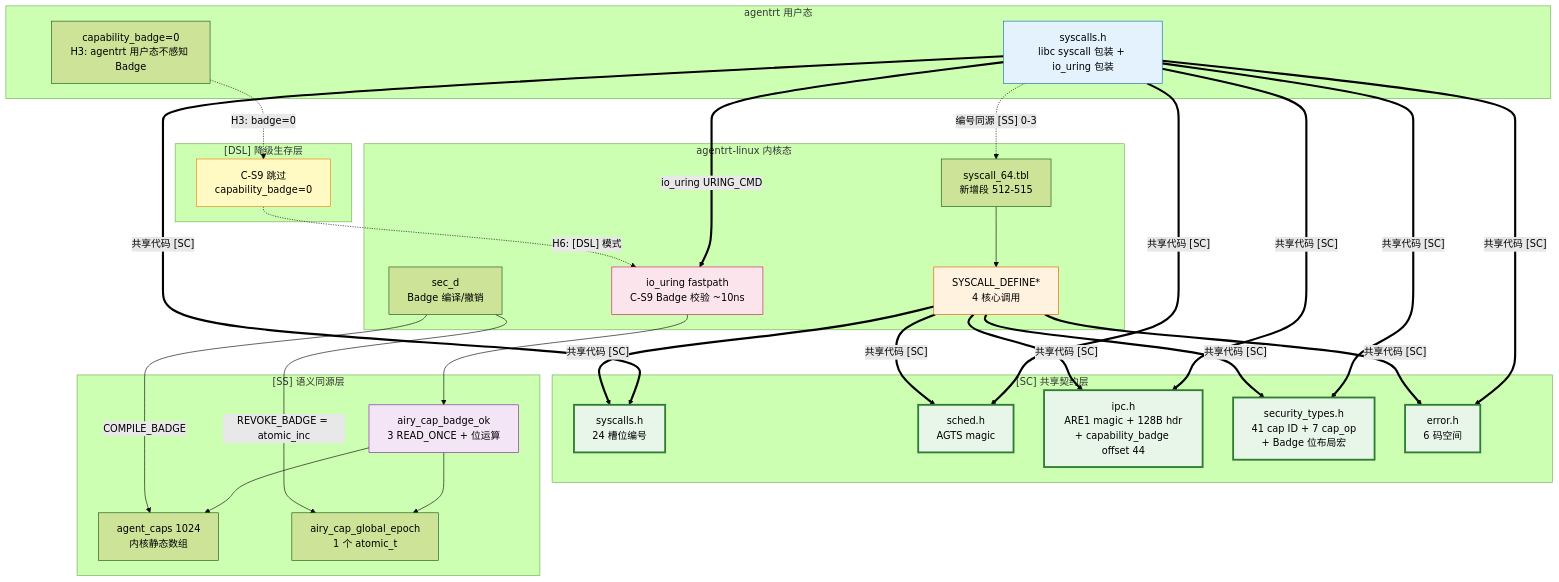
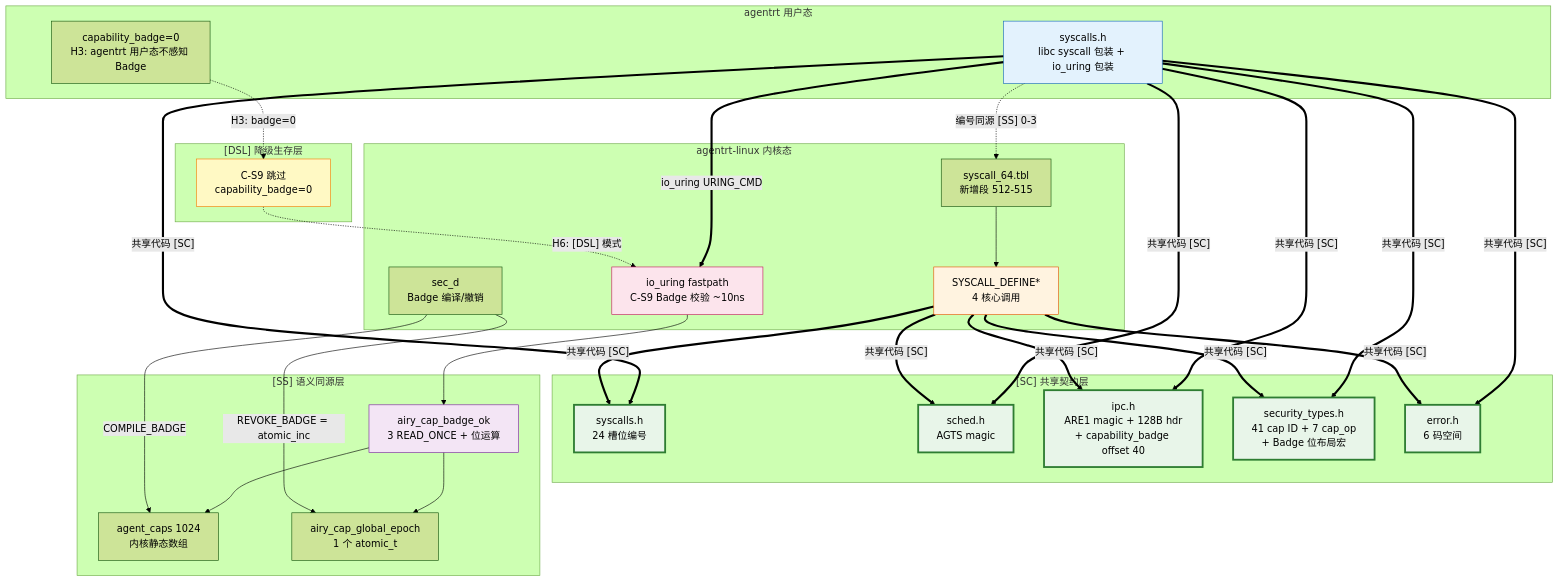
One commit to openairymax/docs changed the diagram in AirymaxOS/30-interfaces/01-syscalls.md. Above: the diagram before and after it, drawn with Mermaid (forest theme). The commit also changed other lines of this file and 71 other files, not shown here.

````diff
--- a/AirymaxOS/30-interfaces/01-syscalls.md
+++ b/AirymaxOS/30-interfaces/01-syscalls.md
@@ -687,64 +687,64 @@
 ```mermaid
 graph TB
     subgraph "agentrt 用户态"
         RT_USR[syscalls.h<br/>libc syscall 包装 + io_uring 包装]
         RT_BADGE[capability_badge=0<br/>H3: agentrt 用户态不感知 Badge]
     end
 
     subgraph "agentrt-linux 内核态"
         OS_TBL[syscall_64.tbl<br/>新增段 512-515]
         OS_DEF[SYSCALL_DEFINE*<br/>4 核心调用]
         OS_FP[io_uring fastpath<br/>C-S9 Badge 校验 ~10ns]
         OS_SECD[sec_d<br/>Badge 编译/撤销]
     end
 
     subgraph "[SC] 共享契约层"
         SC0[syscalls.h<br/>24 槽位编号]
         SC1[sched.h<br/>AGTS magic]
-        SC2[ipc.h<br/>ARE1 magic + 128B hdr<br/>+ capability_badge offset 44]
+        SC2[ipc.h<br/>ARE1 magic + 128B hdr<br/>+ capability_badge offset 40]
         SC3[security_types.h<br/>41 cap ID + 7 cap_op<br/>+ Badge 位布局宏]
         SC4[error.h<br/>6 码空间]
     end
 
     subgraph "[SS] 语义同源层"
         SS_BADGE[airy_cap_badge_ok<br/>3 READ_ONCE + 位运算]
         SS_CAPS[agent_caps 1024<br/>内核静态数组]
         SS_EPOCH[airy_cap_global_epoch<br/>1 个 atomic_t]
     end
 
     subgraph "[DSL] 降级生存层"
         DSL_SKIP[C-S9 跳过<br/>capability_badge=0]
     end
 
     RT_USR -.->|"编号同源 [SS] 0-3"| OS_TBL
     OS_TBL --> OS_DEF
     RT_USR ==>|"io_uring URING_CMD"| OS_FP
     OS_FP --> SS_BADGE
     SS_BADGE --> SS_CAPS
     SS_BADGE --> SS_EPOCH
     OS_SECD -->|"COMPILE_BADGE"| SS_CAPS
     OS_SECD -->|"REVOKE_BADGE = atomic_inc"| SS_EPOCH
     RT_USR ==>|"共享代码 [SC]"| SC0
     RT_USR ==>|"共享代码 [SC]"| SC1
     RT_USR ==>|"共享代码 [SC]"| SC2
     RT_USR ==>|"共享代码 [SC]"| SC3
     RT_USR ==>|"共享代码 [SC]"| SC4
     OS_DEF ==>|"共享代码 [SC]"| SC0
     OS_DEF ==>|"共享代码 [SC]"| SC1
     OS_DEF ==>|"共享代码 [SC]"| SC2
     OS_DEF ==>|"共享代码 [SC]"| SC3
     OS_DEF ==>|"共享代码 [SC]"| SC4
     RT_BADGE -.->|"H3: badge=0"| DSL_SKIP
     DSL_SKIP -.->|"H6: [DSL] 模式"| OS_FP
 
     style SC0 fill:#e8f5e9,stroke:#2e7d32,stroke-width:3px
     style SC1 fill:#e8f5e9,stroke:#2e7d32,stroke-width:3px
     style SC2 fill:#e8f5e9,stroke:#2e7d32,stroke-width:3px
     style SC3 fill:#e8f5e9,stroke:#2e7d32,stroke-width:3px
     style SC4 fill:#e8f5e9,stroke:#2e7d32,stroke-width:3px
     style RT_USR fill:#e3f2fd,stroke:#1565c0
     style OS_DEF fill:#fff3e0,stroke:#e65100
     style OS_FP fill:#fce4ec,stroke:#c2185b
     style SS_BADGE fill:#f3e5f5,stroke:#7b1fa2
     style DSL_SKIP fill:#fff9c4,stroke:#f57c00
 ```
````
